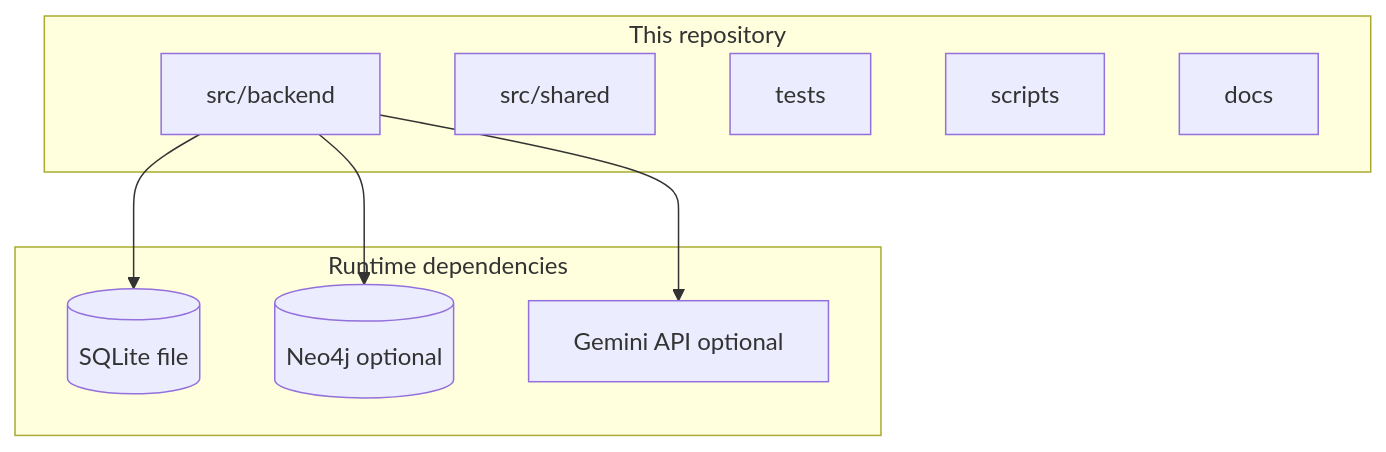
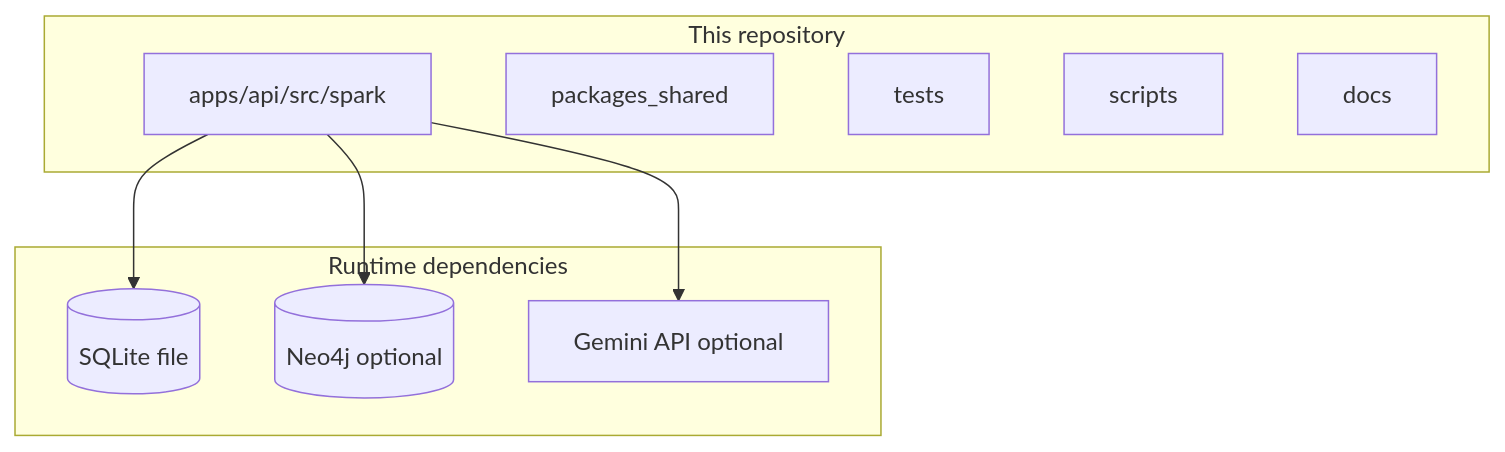
Before and after one commit to larsboes/Generative-City-Wallet: the first of 2 diagrams in docs/REPOSITORY-OVERVIEW.md, drawn with Mermaid. The commit also changed other lines of this file and 123 other files, not shown here.

````diff
--- a/docs/REPOSITORY-OVERVIEW.md
+++ b/docs/REPOSITORY-OVERVIEW.md
@@ -25,20 +28,20 @@
 ```mermaid
 flowchart TB
   subgraph Repo["This repository"]
-    BE[src/backend]
-    SH[src/shared]
+    BE[apps/api/src/spark]
+    SH[packages_shared]
     T[tests]
     SC[scripts]
     DC[docs]
   end
 
   subgraph Runtime["Runtime dependencies"]
     SQL[(SQLite file)]
     N4J[(Neo4j optional)]
     GEM[Gemini API optional]
   end
 
   BE --> SQL
   BE --> N4J
   BE --> GEM
 ```
````
